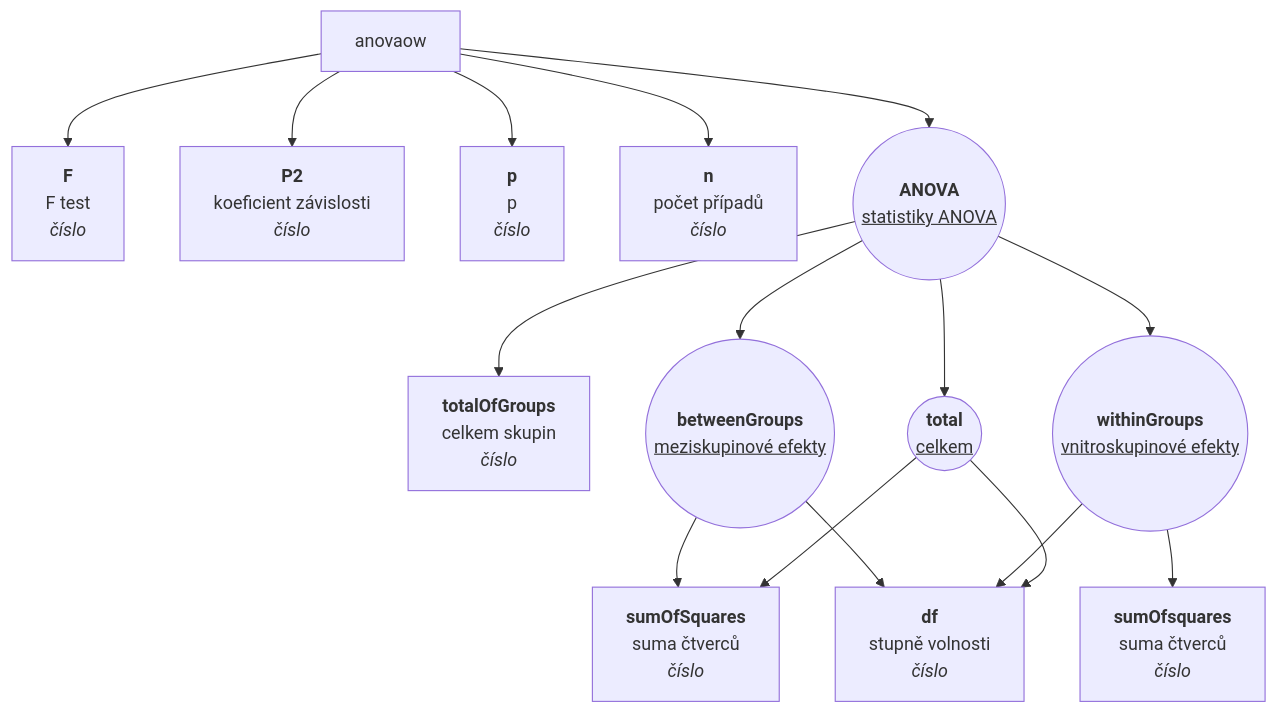
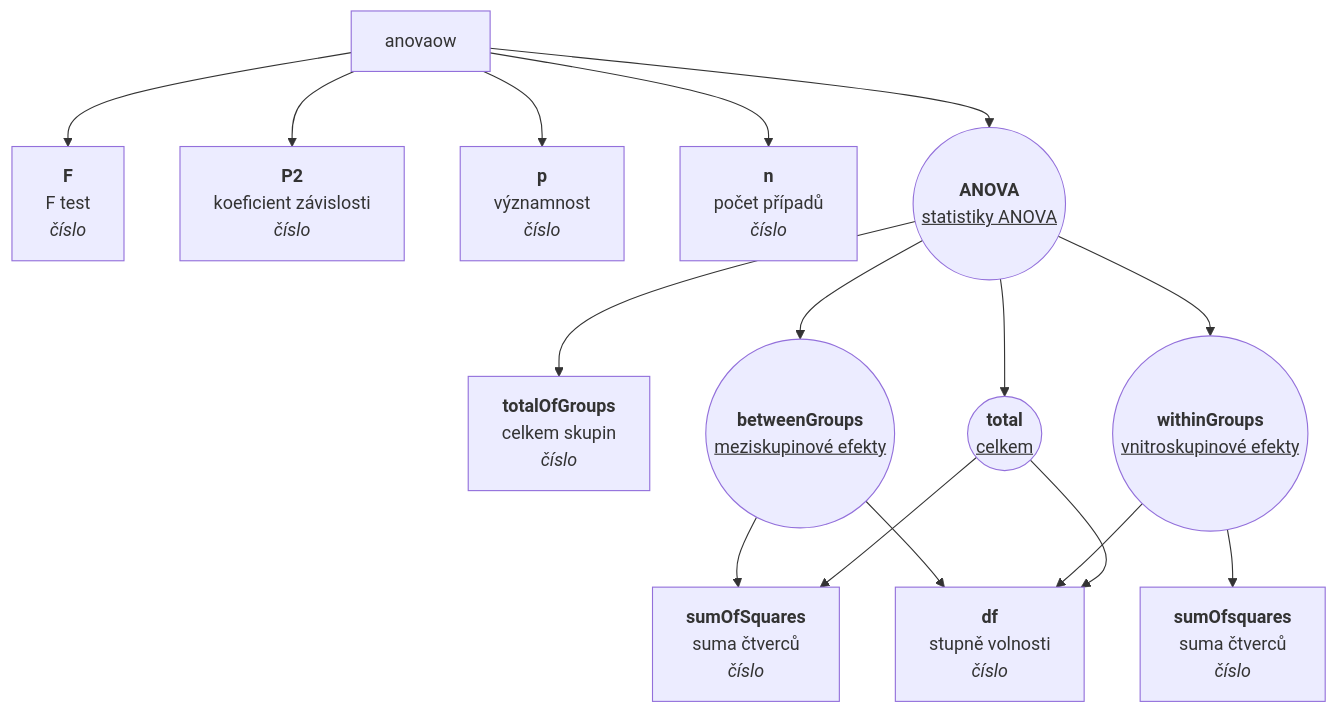
One commit to muzikp/retusa changed the second of 3 diagrams in md-test.md. Above: the diagram before and after it, drawn with Mermaid. The commit also changed other lines of this file and 2 other files, not shown here.

````diff
--- a/md-test.md
+++ b/md-test.md
@@ -93,19 +93,19 @@
 ```mermaid
 graph TD
 anovaow --> F[<b>F</b><br>F test <br><i>číslo</i>]
 anovaow --> P2[<b>P2</b><br>koeficient závislosti <br><i>číslo</i>]
-anovaow --> p[<b>p</b><br>p <br><i>číslo</i>]
+anovaow --> p[<b>p</b><br>významnost <br><i>číslo</i>]
 anovaow --> n[<b>n</b><br>počet případů <br><i>číslo</i>]
 anovaow --> ANOVA((<b>ANOVA</b><br><u>statistiky ANOVA</u>))
 ANOVA --> totalOfGroups[<b>totalOfGroups</b><br>celkem skupin <br><i>číslo</i>]
 ANOVA --> betweenGroups((<b>betweenGroups</b><br><u>meziskupinové efekty</u>))
 betweenGroups --> sumOfSquares[<b>sumOfSquares</b><br>suma čtverců <br><i>číslo</i>]
 betweenGroups --> df[<b>df</b><br>stupně volnosti <br><i>číslo</i>]
 ANOVA --> withinGroups((<b>withinGroups</b><br><u>vnitroskupinové efekty</u>))
 withinGroups --> sumOfsquares[<b>sumOfsquares</b><br>suma čtverců <br><i>číslo</i>]
 withinGroups --> df[<b>df</b><br>stupně volnosti <br><i>číslo</i>]
 ANOVA --> total((<b>total</b><br><u>celkem</u>))
 total --> sumOfSquares[<b>sumOfSquares</b><br>suma čtverců <br><i>číslo</i>]
 total --> df[<b>df</b><br>stupně volnosti <br><i>číslo</i>]
 
 ```
````
